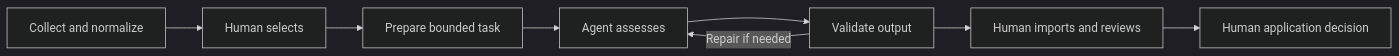
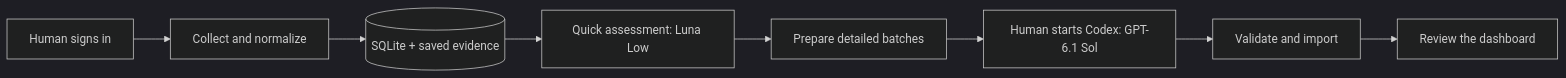
One commit to martenkrohn/application-workflow changed the diagram in README.md. Above: the diagram before and after it, drawn with Mermaid (dark theme). The commit also changed other lines of this file and 48 other files, not shown here.

````diff
--- a/README.md
+++ b/README.md
@@ -52,10 +13,10 @@
 ```mermaid
 flowchart LR
-    A[Collect and normalize] --> B[Human selects]
-    B --> C[Prepare bounded task]
-    C --> D[Agent assesses]
-    D --> E[Validate output]
-    E -->|Repair if needed| D
-    E --> F[Human imports and reviews]
-    F --> G[Human application decision]
+    A[Human signs in] --> B[Collect and normalize]
+    B --> C[(SQLite + saved evidence)]
+    C --> D[Quick assessment: Luna Low]
+    D --> E[Prepare detailed batches]
+    E --> F[Human starts Codex: GPT-6.1 Sol]
+    F --> G[Validate and import]
+    G --> H[Review the dashboard]
 ```
````
